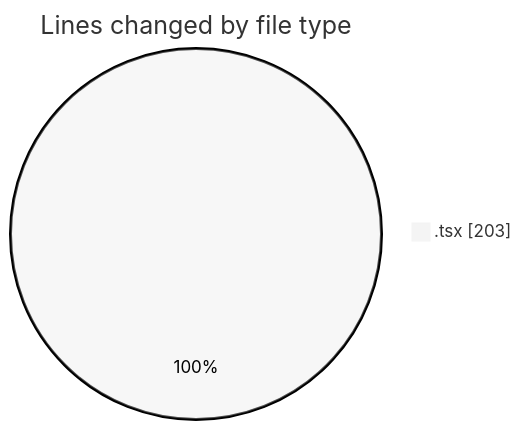
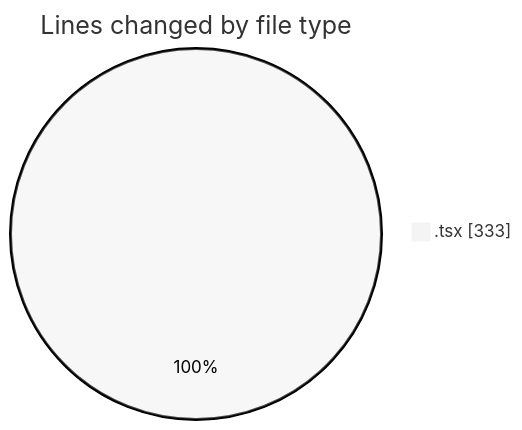
One commit to nxtqubesakshisongat/code-tracking changed the first of 2 diagrams in 2026-08-16/nxtqube_webapp/README.md. Above: the diagram before and after it, drawn with Mermaid (neutral theme). The commit also changed other lines of this file and 1 other file, not shown here.

````diff
--- a/2026-08-16/nxtqube_webapp/README.md
+++ b/2026-08-16/nxtqube_webapp/README.md
@@ -21,5 +21,5 @@
 ```mermaid
 pie showData
 title Lines changed by file type
-".tsx" : 203
+".tsx" : 333
 ```
````
